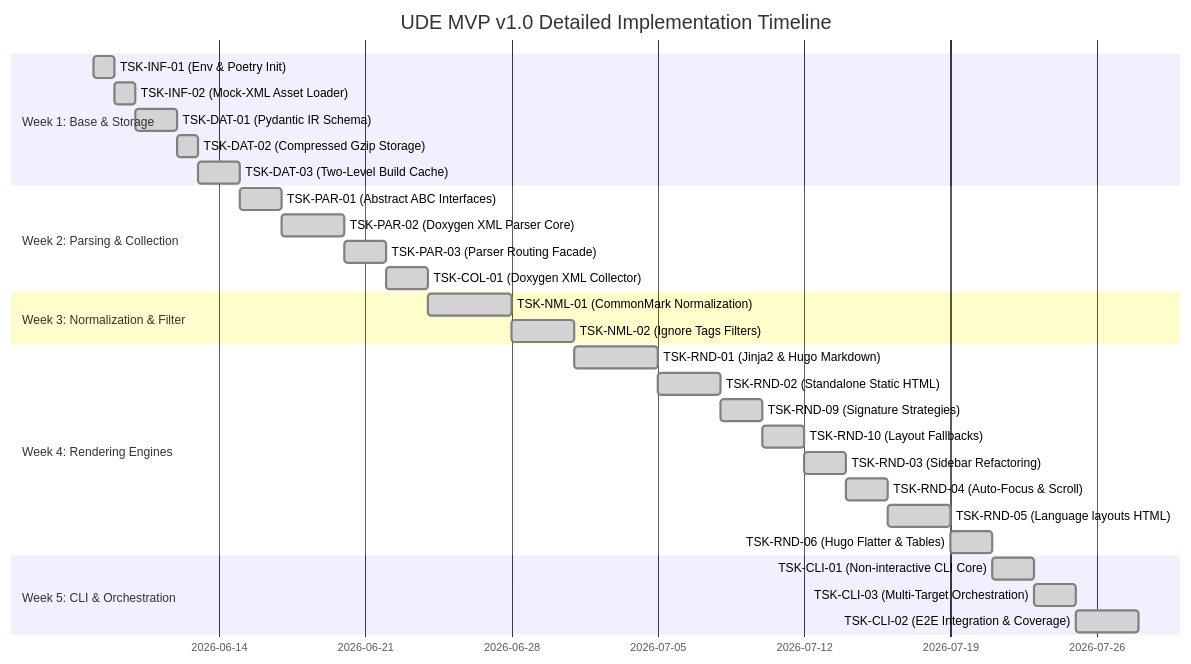
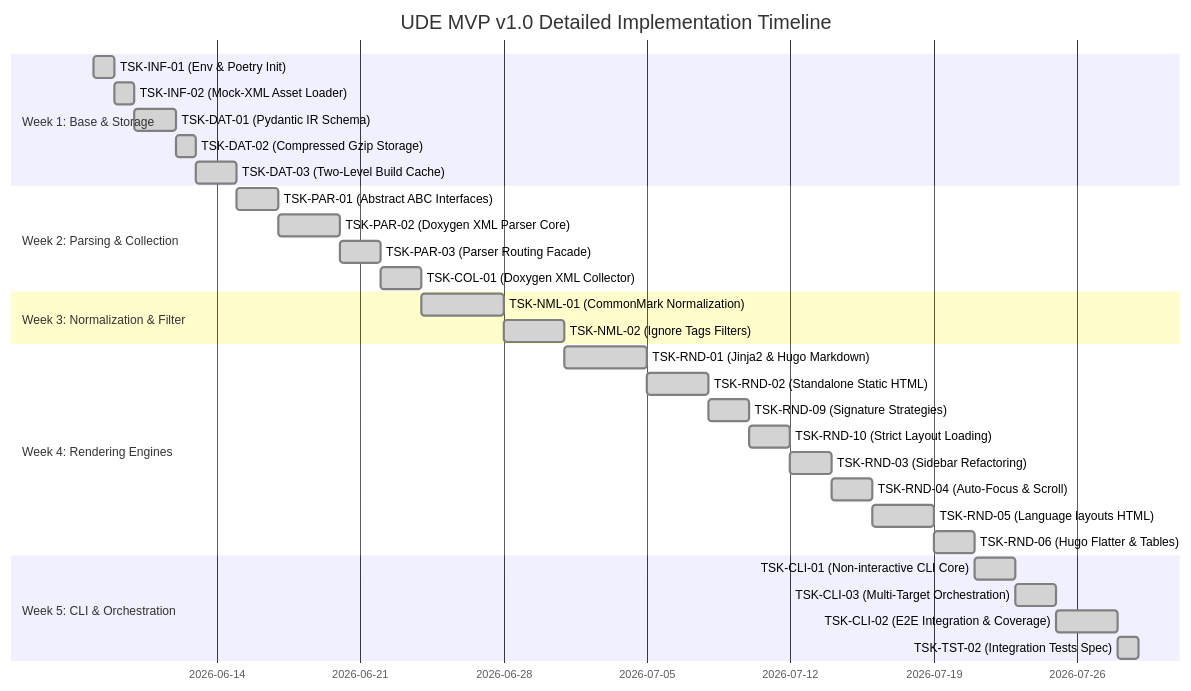
One commit to Sir-Derryk/Pipeline changed the diagram in .antigravitycli/active_plan.md. Above: the diagram before and after it, drawn with Mermaid. The commit also changed other lines of this file and 1641 other files, not shown here.

````diff
--- a/.antigravitycli/active_plan.md
+++ b/.antigravitycli/active_plan.md
@@ -14,32 +14,33 @@
 ```mermaid
 gantt
     title UDE MVP v1.0 Detailed Implementation Timeline
     dateFormat  YYYY-MM-DD
     section Week 1: Base & Storage
     TSK-INF-01 (Env & Poetry Init)       :done, t1, 2026-06-08, 1d
     TSK-INF-02 (Mock-XML Asset Loader)   :done, t2, after t1, 1d
     TSK-DAT-01 (Pydantic IR Schema)      :done, t3, after t2, 2d
     TSK-DAT-02 (Compressed Gzip Storage) :done, t4, after t3, 1d
     TSK-DAT-03 (Two-Level Build Cache)   :done, t5, after t4, 2d
     section Week 2: Parsing & Collection
     TSK-PAR-01 (Abstract ABC Interfaces) :done, t6, after t5, 2d
     TSK-PAR-02 (Doxygen XML Parser Core) :done, t7, after t6, 3d
     TSK-PAR-03 (Parser Routing Facade)   :done, t7_1, after t7, 2d
     TSK-COL-01 (Doxygen XML Collector)   :done, t8, after t7_1, 2d
     section Week 3: Normalization & Filter
     TSK-NML-01 (CommonMark Normalization):done, t9, after t8, 4d
     TSK-NML-02 (Ignore Tags Filters)     :done, t10, after t9, 3d
     section Week 4: Rendering Engines
     TSK-RND-01 (Jinja2 & Hugo Markdown)  :done, t11, after t10, 4d
     TSK-RND-02 (Standalone Static HTML)  :done, t12, after t11, 3d
     TSK-RND-09 (Signature Strategies)    :done, t12_1, after t12, 2d
-    TSK-RND-10 (Layout Fallbacks)        :done, t12_2, after t12_1, 2d
+    TSK-RND-10 (Strict Layout Loading)   :done, t12_2, after t12_1, 2d
     TSK-RND-03 (Sidebar Refactoring)     :done, t13, after t12_2, 2d
     TSK-RND-04 (Auto-Focus & Scroll)     :done, t14, after t13, 2d
     TSK-RND-05 (Language layouts HTML)   :done, t15, after t14, 3d
     TSK-RND-06 (Hugo Flatter & Tables)   :done, t16, after t15, 2d
     section Week 5: CLI & Orchestration
     TSK-CLI-01 (Non-interactive CLI Core):done, t17, after t16, 2d
     TSK-CLI-03 (Multi-Target Orchestration):done, t18, after t17, 2d
     TSK-CLI-02 (E2E Integration & Coverage):done, t19, after t18, 3d
+    TSK-TST-02 (Integration Tests Spec)  :done, t20, after t19, 1d
 ```
````
